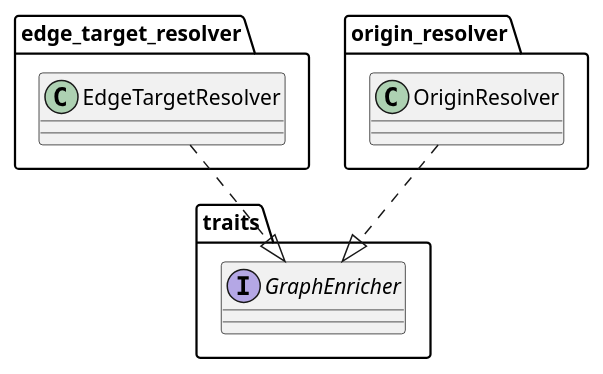
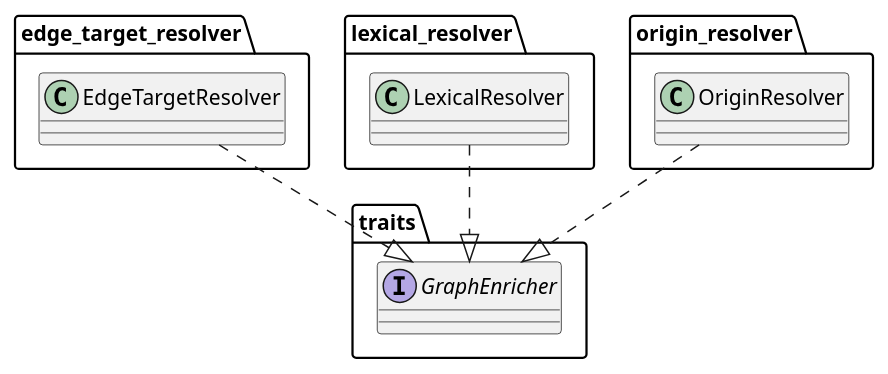
The diagram in docs/diagrams/enricher.puml (ch-r-k/archviz), drawn with PlantUML before and after one commit. The commit also changed 13 other files, not shown here.

```diff
--- a/docs/diagrams/enricher.puml
+++ b/docs/diagrams/enricher.puml
@@ -1,19 +1,24 @@
 @startuml
 
 package "edge_target_resolver" {
 class "EdgeTargetResolver" as edge_target_resolver__EdgeTargetResolver
+}
+
+package "lexical_resolver" {
+class "LexicalResolver" as lexical_resolver__LexicalResolver
 }
 
 package "origin_resolver" {
 class "OriginResolver" as origin_resolver__OriginResolver
 }
 
 package "traits" {
 interface "GraphEnricher" as traits__GraphEnricher
 }
 
 
 origin_resolver__OriginResolver ..|> traits__GraphEnricher
 edge_target_resolver__EdgeTargetResolver ..|> traits__GraphEnricher
+lexical_resolver__LexicalResolver ..|> traits__GraphEnricher
 
 @enduml
```
